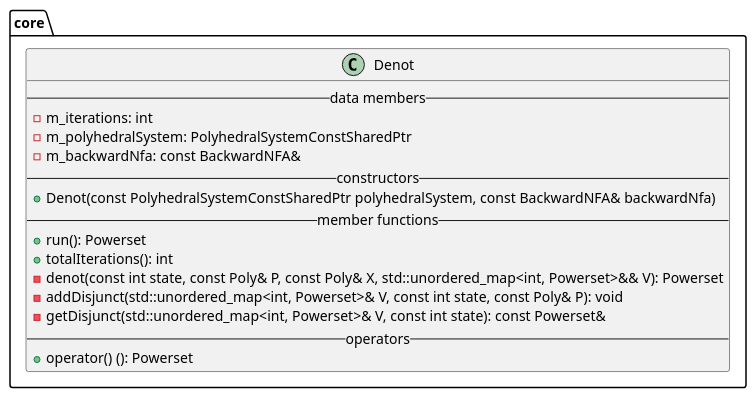
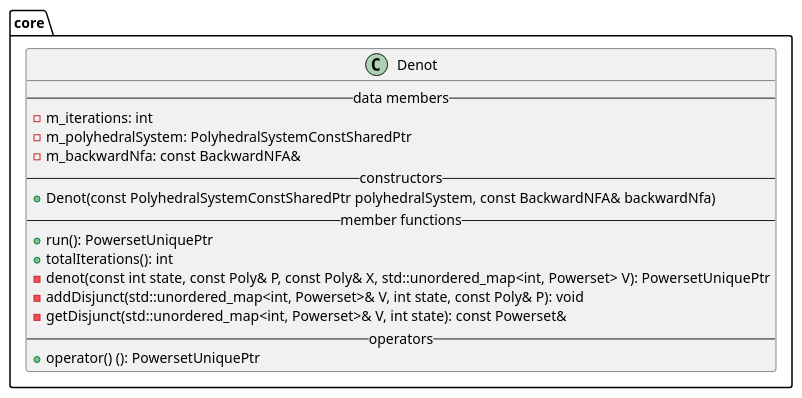
The diagram in docs/plantuml/core.puml (vtramo/rtl-mc), drawn with PlantUML before and after one commit. The commit also changed 2 other files, not shown here.

Commit message:
docs: update UML class diagrams

```diff
--- a/docs/plantuml/core.puml
+++ b/docs/plantuml/core.puml
@@ -1,20 +1,20 @@
 @startuml
 package core {
     class Denot {
         --data members--
         -m_iterations: int
         -m_polyhedralSystem: PolyhedralSystemConstSharedPtr
         -m_backwardNfa: const BackwardNFA&
         --constructors--
         +Denot(const PolyhedralSystemConstSharedPtr polyhedralSystem, const BackwardNFA& backwardNfa)
         --member functions--
-        +run(): Powerset
+        +run(): PowersetUniquePtr
         +totalIterations(): int
-        -denot(const int state, const Poly& P, const Poly& X, std::unordered_map<int, Powerset>&& V): Powerset
-        -addDisjunct(std::unordered_map<int, Powerset>& V, const int state, const Poly& P): void
-        -getDisjunct(std::unordered_map<int, Powerset>& V, const int state): const Powerset&
+        -denot(const int state, const Poly& P, const Poly& X, std::unordered_map<int, Powerset> V): PowersetUniquePtr
+        -addDisjunct(std::unordered_map<int, Powerset>& V, int state, const Poly& P): void
+        -getDisjunct(std::unordered_map<int, Powerset>& V, int state): const Powerset&
         --operators--
-        +operator() (): Powerset
+        +operator() (): PowersetUniquePtr
     }
 }
 @enduml
```
